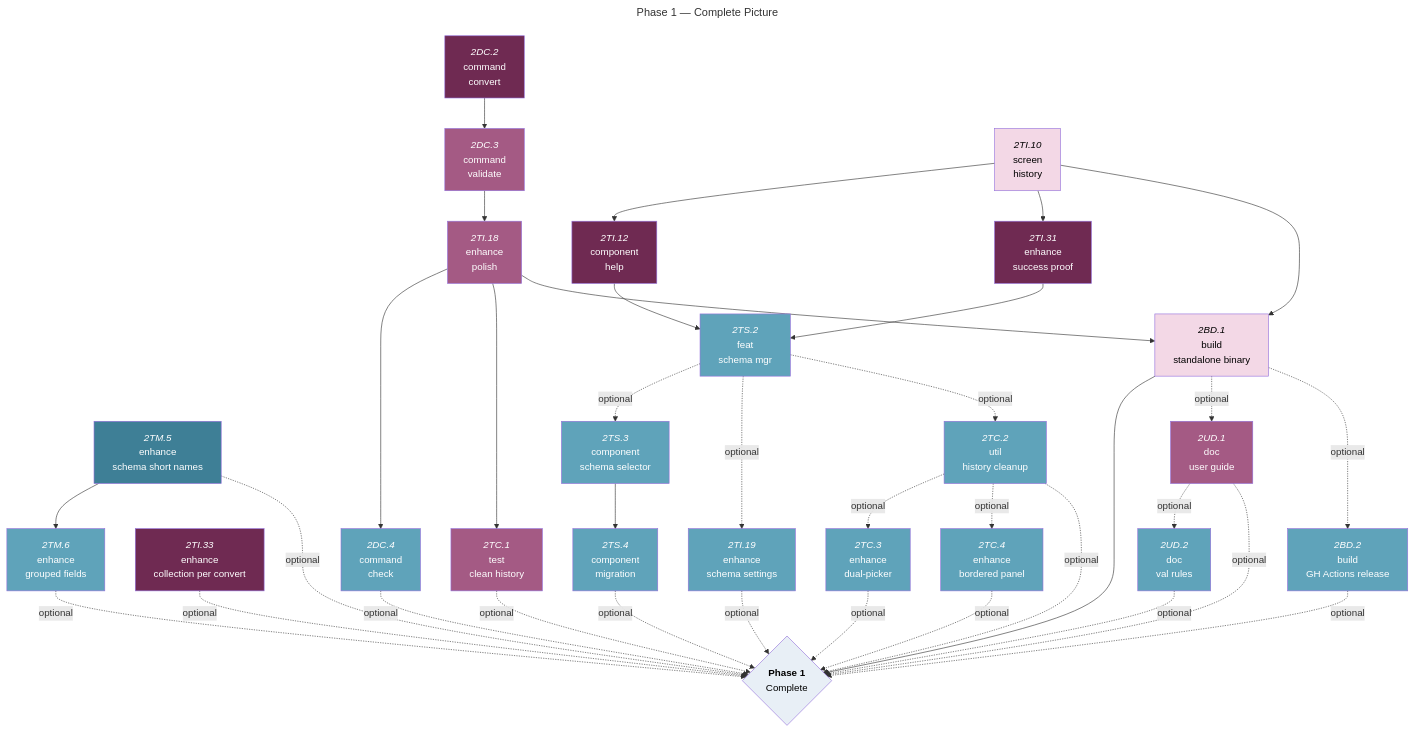
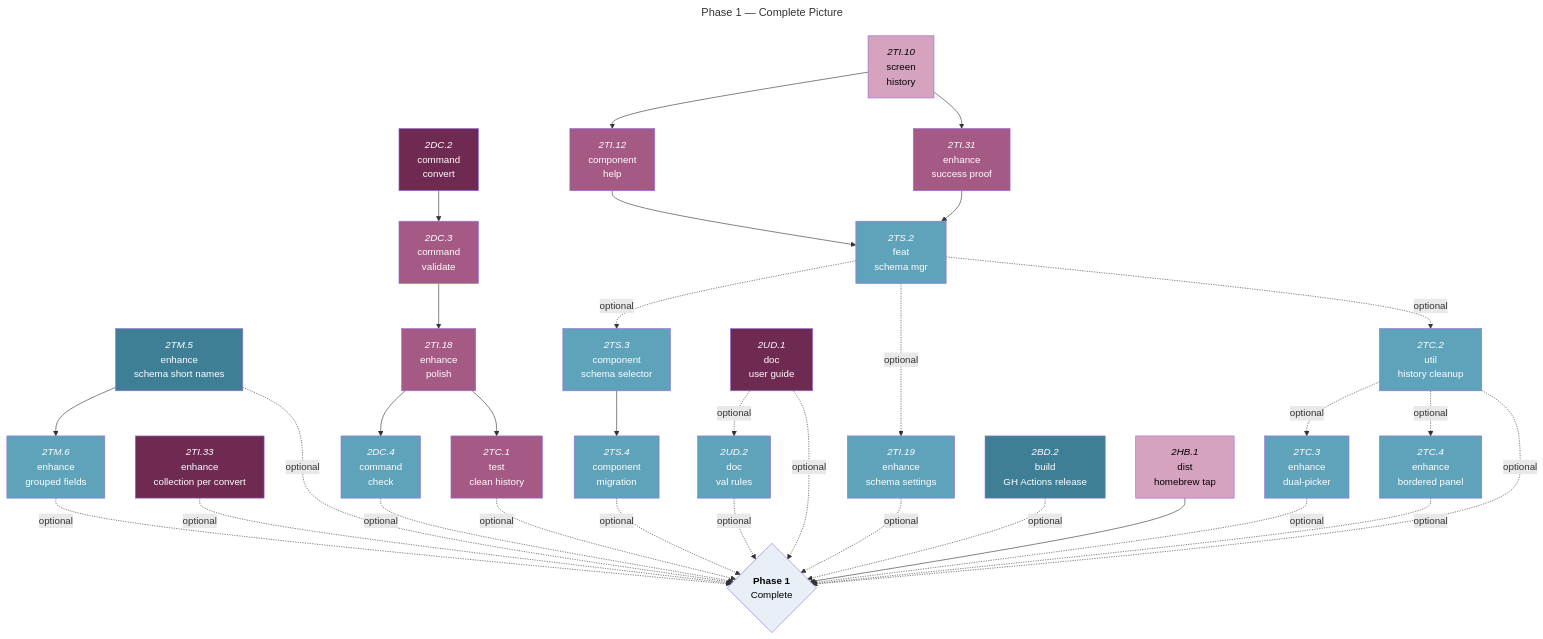
One commit to foundersandcoders/iris changed the fifth of 5 diagrams in docs/roadmaps/phase-1-mvp-features.md. Above: the diagram before and after it, drawn with Mermaid. The commit also changed other lines of this file, not shown here.

Commit message:
docs: update roadmap

````diff
--- a/docs/roadmaps/phase-1-mvp-features.md
+++ b/docs/roadmaps/phase-1-mvp-features.md
@@ -324,70 +353,66 @@
 ```mermaid
 ---
 title: Phase 1 — Complete Picture
 ---
 graph TD
-
-%% M2A Tasks (optional enhancements) %%
-2TI.12["`*2TI.12*<br/>component<br/>help`"]:::should-open
-2TI.31["`*2TI.31*<br/>enhance<br/>success proof`"]:::should-open
 
 %% M2B Tasks %%
 2DC.2["`*2DC.2*<br/>command<br/>convert`"]:::should-open
 2DC.3["`*2DC.3*<br/>command<br/>validate`"]:::should-blocked
 2DC.4["`*2DC.4*<br/>command<br/>check`"]:::could-blocked
 
 %% M2C Tasks %%
+2TI.10["`*2TI.10*<br/>screen<br/>history`"]:::must-open
+2TI.12["`*2TI.12*<br/>component<br/>help`"]:::should-blocked
+2TI.31["`*2TI.31*<br/>enhance<br/>success proof`"]:::should-blocked
 2TI.33["`*2TI.33*<br/>enhance<br/>collection per convert`"]:::should-open
 2TM.5["`*2TM.5*<br/>enhance<br/>schema short names`"]:::could-open
 2TM.6["`*2TM.6*<br/>enhance<br/>grouped fields`"]:::could-blocked
 2TS.2["`*2TS.2*<br/>feat<br/>schema mgr`"]:::could-blocked
 2TS.3["`*2TS.3*<br/>component<br/>schema selector`"]:::could-blocked
 2TS.4["`*2TS.4*<br/>component</br>migration`"]:::could-blocked
 2TI.19["`*2TI.19*<br/>enhance<br/>schema settings`"]:::could-blocked
-2TI.10["`*2TI.10*<br/>screen<br/>history`"]:::must-blocked
 2TI.18["`*2TI.18*<br/>enhance<br/>polish`"]:::should-blocked
 2TC.1["`*2TC.1*<br/>test<br/>clean history`"]:::should-blocked
-2UD.1["`*2UD.1*<br/>doc<br/>user guide`"]:::should-blocked
+2UD.1["`*2UD.1*<br/>doc<br/>user guide`"]:::should-open
 2UD.2["`*2UD.2*<br/>doc<br/>val rules`"]:::could-blocked
 2TC.2["`*2TC.2*<br/>util<br/>history cleanup`"]:::could-blocked
 2TC.3["`*2TC.3*<br/>enhance<br/>dual-picker`"]:::could-blocked
 2TC.4["`*2TC.4*<br/>enhance<br/>bordered panel`"]:::could-blocked
 
 %% Build & Distribution %%
-2BD.1["`*2BD.1*<br/>build<br/>standalone binary`"]:::must-blocked
-2BD.2["`*2BD.2*<br/>build<br/>GH Actions release`"]:::could-blocked
+2BD.2["`*2BD.2*<br/>build<br/>GH Actions release`"]:::could-open
+2HB.1["`*2HB.1*<br/>dist<br/>homebrew tap`"]:::must-open
 
 %% Milestone nodes %%
 phase1{"`**Phase 1**<br/>Complete`"}:::mile
-
-%% M2A Dependencies %%
 
 %% M2B Dependencies %%
 2DC.2 --> 2DC.3
 2DC.3 --> 2TI.18
 
 %% M2C Dependencies %%
 2TM.5 --> 2TM.6
 2TI.10 --> 2TI.12 & 2TI.31
 2TI.12 & 2TI.31 --> 2TS.2
 2TI.18 --> 2DC.4 & 2TC.1
 2TS.3 --> 2TS.4
-2TI.10 & 2TI.18 --> 2BD.1
-2BD.1 --> phase1
+
+%% M2D Dependencies %%
+2HB.1 --> phase1
 
 %% OPTIONAL %%
-2BD.1 -.->|optional| 2UD.1 & 2BD.2
 2BD.2 -.->|optional| phase1
 2UD.1 -.->|optional| 2UD.2 & phase1
 2TS.2 -.->|optional| 2TS.3 & 2TI.19 & 2TC.2
 2TC.2 -.->|optional| 2TC.3 & 2TC.4
 2TI.33 & 2TM.5 & 2TM.6 & 2DC.4 & 2TI.19 & 2TS.4 & 2UD.2 & 2TC.1 & 2TC.2 & 2TC.3 & 2TC.4 -.->|optional| phase1
 
 classDef must-open fill:#D6A3BF,color:#000;
 classDef must-blocked fill:#F3D8E6,color:#000;
 classDef should-open fill:#6F2A52,color:#fff;
 classDef should-blocked fill:#A45A84,color:#fff;
 classDef could-open fill:#3E7F96,color:#fff;
 classDef could-blocked fill:#5FA3BA,color:#fff;
 classDef mile fill:#E8EFF6,color:#000;
 ```
````
